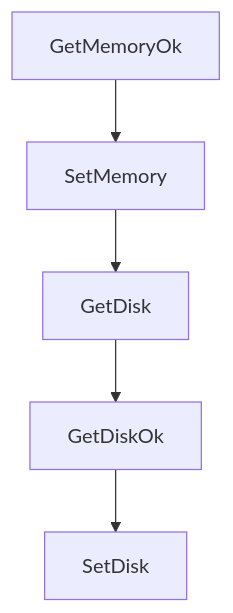
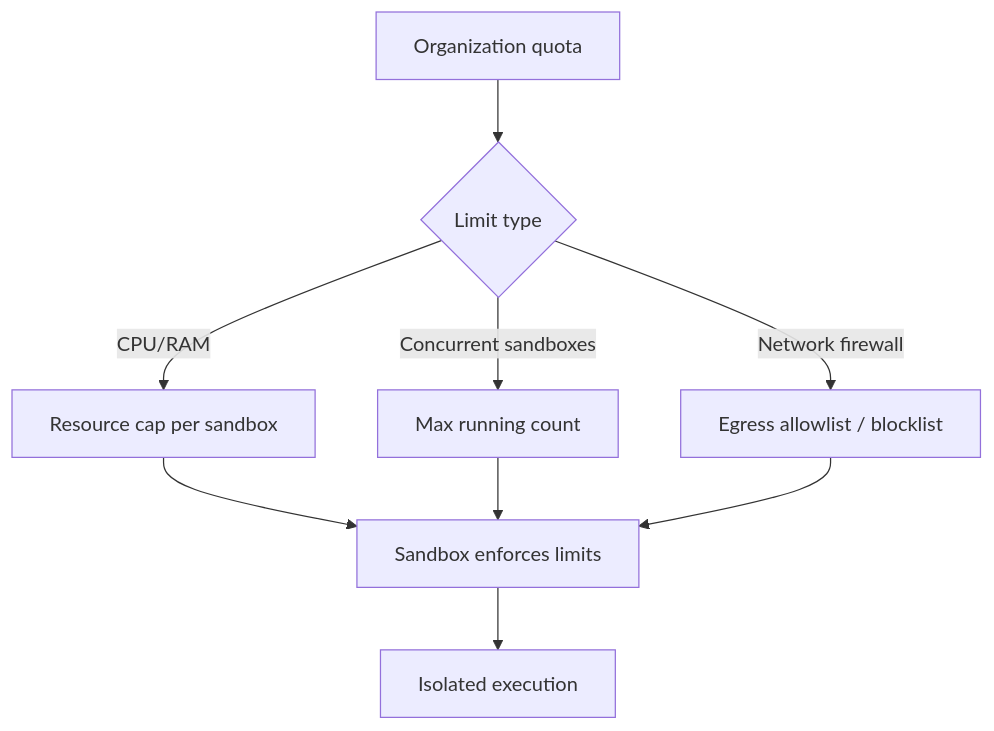
Before and after one commit to johnxie/awesome-code-docs: the diagram in tutorials/daytona-tutorial/07-limits-network-controls-and-security.md, drawn with Mermaid. The commit also changed other lines of this file and 1232 other files, not shown here.

````diff
--- a/tutorials/daytona-tutorial/07-limits-network-controls-and-security.md
+++ b/tutorials/daytona-tutorial/07-limits-network-controls-and-security.md
@@ -210,12 +41,11 @@
 ```mermaid
 flowchart TD
-    A[GetMemoryOk]
-    B[SetMemory]
-    C[GetDisk]
-    D[GetDiskOk]
-    E[SetDisk]
-    A --> B
-    B --> C
-    C --> D
-    D --> E
+    A[Organization quota] --> B{Limit type}
+    B -->|CPU/RAM| C[Resource cap per sandbox]
+    B -->|Concurrent sandboxes| D[Max running count]
+    B -->|Network firewall| E[Egress allowlist / blocklist]
+    C --> F[Sandbox enforces limits]
+    D --> F
+    E --> F
+    F --> G[Isolated execution]
 ```
````
